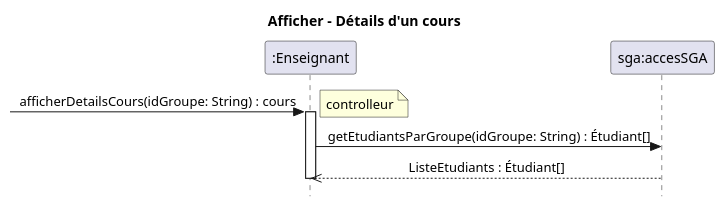
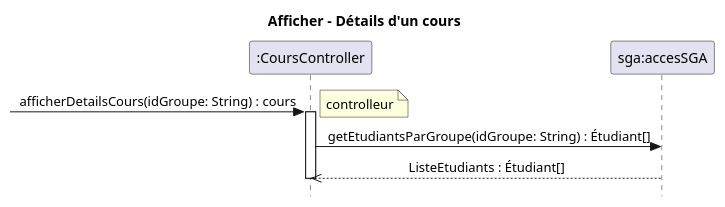
Before and after one commit to xMrYahya/moodle-clone: the diagram in docs/modeles/cu01/rdcu-afficherDetailsCours.puml, drawn with PlantUML. The commit also changed 4 other files, not shown here.

```diff
--- a/docs/modeles/cu01/rdcu-afficherDetailsCours.puml
+++ b/docs/modeles/cu01/rdcu-afficherDetailsCours.puml
@@ -1,16 +1,16 @@
 @startuml
 title Afficher - Détails d'un cours
 skinparam Style strictuml
 skinparam sequenceMessageAlign center
 
-participant ":Enseignant"  as enseignant
+participant ":CoursController"  as CoursController
 participant "sga:accesSGA" as sga
 
- -> enseignant : afficherDetailsCours(idGroupe: String) : cours
+ -> CoursController : afficherDetailsCours(idGroupe: String) : cours
 note right: controlleur
-activate enseignant
-enseignant -> sga : getEtudiantsParGroupe(idGroupe: String) : Étudiant[]
-sga -->> enseignant : ListeEtudiants : Étudiant[]
+activate CoursController
+CoursController -> sga : getEtudiantsParGroupe(idGroupe: String) : Étudiant[]
+sga -->> CoursController : ListeEtudiants : Étudiant[]
 
-deactivate enseignant
+deactivate CoursController
 @enduml
```
